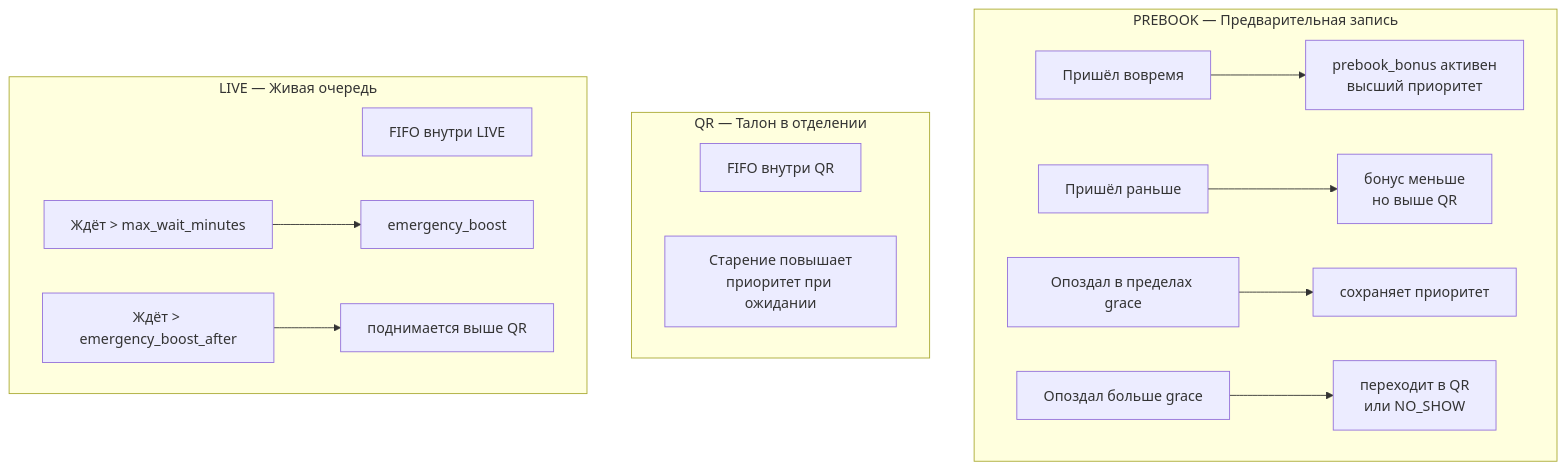
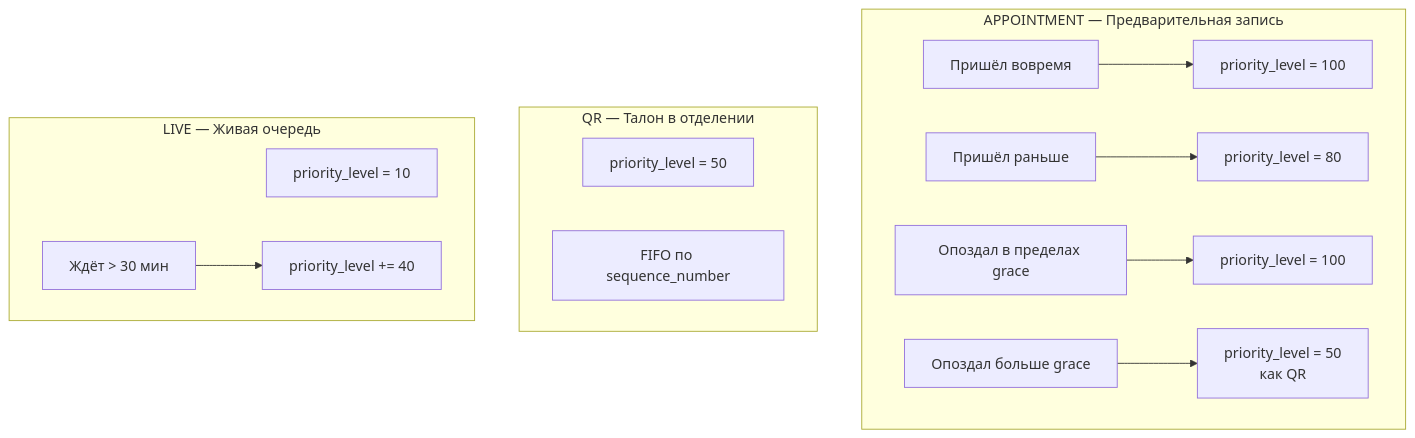
Before and after one commit to Rodion-NTQ-TEAM/tsifrovaya-ochere: the fourth of 6 diagrams in docs/priority-algorithm.md, drawn with Mermaid. The commit also changed other lines of this file, not shown here.

Commit message:
docs(priority): обновить алгоритм приоритетов

````diff
--- a/docs/priority-algorithm.md
+++ b/docs/priority-algorithm.md
@@ -68,20 +109,19 @@
 ```mermaid
 flowchart TD
-    subgraph PREBOOK["PREBOOK — Предварительная запись"]
-        P1["Пришёл вовремя"] --> P1A["prebook_bonus активен<br/>высший приоритет"]
-        P2["Пришёл раньше"] --> P2A["бонус меньше<br/>но выше QR"]
-        P3["Опоздал в пределах grace"] --> P3A["сохраняет приоритет"]
-        P4["Опоздал больше grace"] --> P4A["переходит в QR<br/>или NO_SHOW"]
+    subgraph APPOINTMENT["APPOINTMENT — Предварительная запись"]
+        A1["Пришёл вовремя"] --> A1A["priority_level = 100"]
+        A2["Пришёл раньше"] --> A2A["priority_level = 80"]
+        A3["Опоздал в пределах grace"] --> A3A["priority_level = 100"]
+        A4["Опоздал больше grace"] --> A4A["priority_level = 50<br/>как QR"]
     end
 
     subgraph QR["QR — Талон в отделении"]
-        Q1["FIFO внутри QR"]
-        Q2["Старение повышает<br/>приоритет при ожидании"]
+        Q1["priority_level = 50"]
+        Q2["FIFO по sequence_number"]
     end
 
     subgraph LIVE["LIVE — Живая очередь"]
-        L1["FIFO внутри LIVE"]
-        L2["Ждёт > max_wait_minutes"] --> L2A["emergency_boost"]
-        L3["Ждёт > emergency_boost_after"] --> L3A["поднимается выше QR"]
+        L1["priority_level = 10"]
+        L2["Ждёт > 30 мин"] --> L2A["priority_level += 40"]
     end
 ```
````
